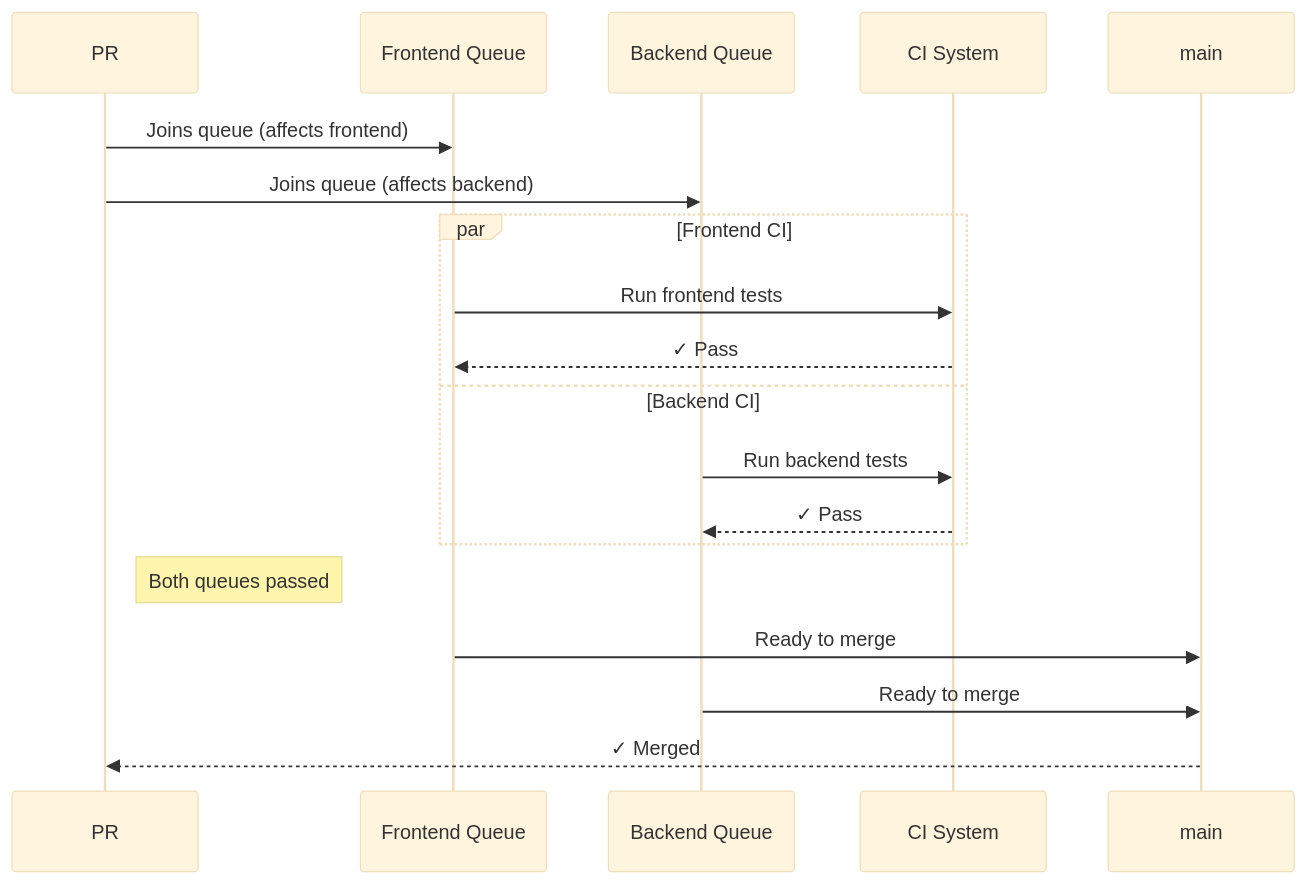
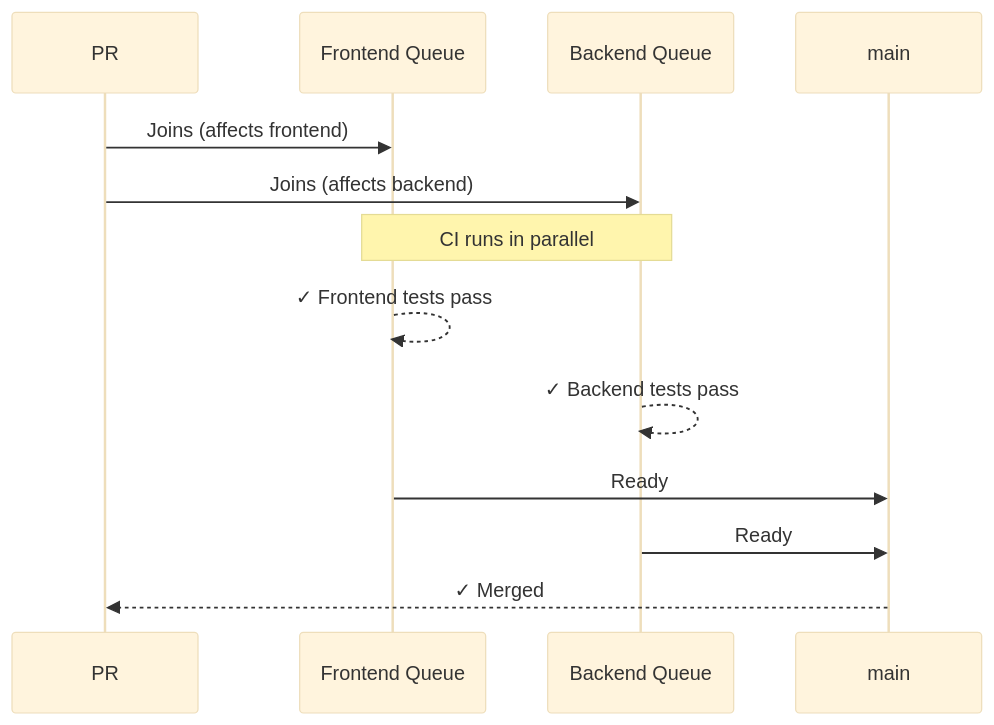
The third of 4 diagrams in src/content/docs/use-cases/monorepos.md (Mergifyio/merge-queue-academy), drawn with Mermaid (base theme) before and after one commit. The commit also changed other lines of this file and 2 other files, not shown here.

Commit message:
docs: add cross-references between batching and speculative checks
Tip callouts explain how these features work together for maximum throughput.

Claude-Session-Id: 43e5bb59-bfd1-4f17-982a-657235752c0d

````diff
--- a/src/content/docs/use-cases/monorepos.md
+++ b/src/content/docs/use-cases/monorepos.md
@@ -77,25 +77,19 @@
 ```mermaid
 sequenceDiagram
-    participant PR as PR #42 (libs/common)
+    participant PR as PR #42
     participant FQ as Frontend Queue
     participant BQ as Backend Queue
-    participant CI as CI System
     participant Main as main
 
-    PR->>FQ: Joins queue (affects frontend)
-    PR->>BQ: Joins queue (affects backend)
+    PR->>FQ: Joins (affects frontend)
+    PR->>BQ: Joins (affects backend)
 
-    par Frontend CI
-        FQ->>CI: Run frontend tests
-        CI-->>FQ: ✓ Pass
-    and Backend CI
-        BQ->>CI: Run backend tests
-        CI-->>BQ: ✓ Pass
-    end
+    Note over FQ,BQ: CI runs in parallel
 
-    Note right of PR: Both queues passed
+    FQ-->>FQ: ✓ Frontend tests pass
+    BQ-->>BQ: ✓ Backend tests pass
 
-    FQ->>Main: Ready to merge
-    BQ->>Main: Ready to merge
+    FQ->>Main: Ready
+    BQ->>Main: Ready
     Main-->>PR: ✓ Merged
 ```
````
